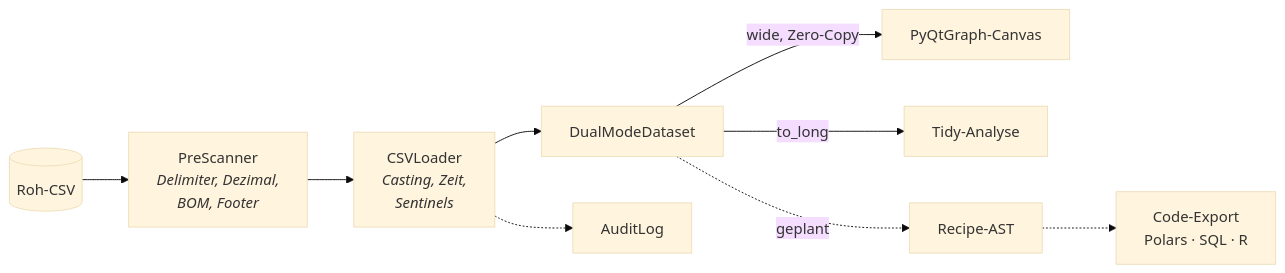
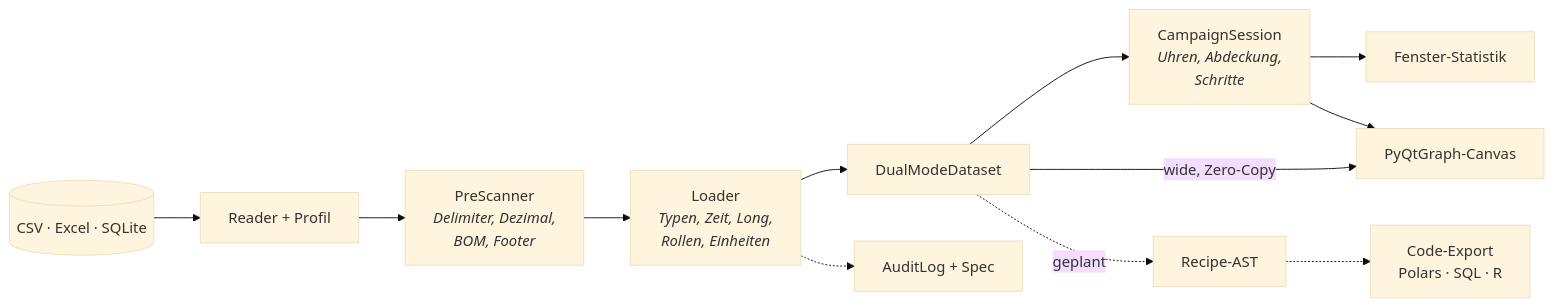
Before and after one commit to SeTi100/Datualizer: the diagram in README.md, drawn with Mermaid (base theme). The commit also changed other lines of this file and 8 other files, not shown here.

````diff
--- a/README.md
+++ b/README.md
@@ -233,10 +182,13 @@
 ```mermaid
 flowchart LR
-    CSV[(Roh-CSV)] --> PS[PreScanner<br/><i>Delimiter, Dezimal,<br/>BOM, Footer</i>]
-    PS --> LD[CSVLoader<br/><i>Casting, Zeit,<br/>Sentinels</i>]
+    SRC[(CSV · Excel · SQLite)] --> RD[Reader + Profil]
+    RD --> PS[PreScanner<br/><i>Delimiter, Dezimal,<br/>BOM, Footer</i>]
+    PS --> LD[Loader<br/><i>Typen, Zeit, Long,<br/>Rollen, Einheiten</i>]
     LD --> DS[DualModeDataset]
-    LD -.-> AL[AuditLog]
+    LD -.-> AL[AuditLog + Spec]
+    DS --> CS[CampaignSession<br/><i>Uhren, Abdeckung,<br/>Schritte</i>]
+    CS --> ST[Fenster-Statistik]
     DS -->|wide, Zero-Copy| GUI[PyQtGraph-Canvas]
-    DS -->|to_long| TIDY[Tidy-Analyse]
+    CS --> GUI
     DS -.->|geplant| RC[Recipe-AST] -.-> EX[Code-Export<br/>Polars · SQL · R]
 ```
````
